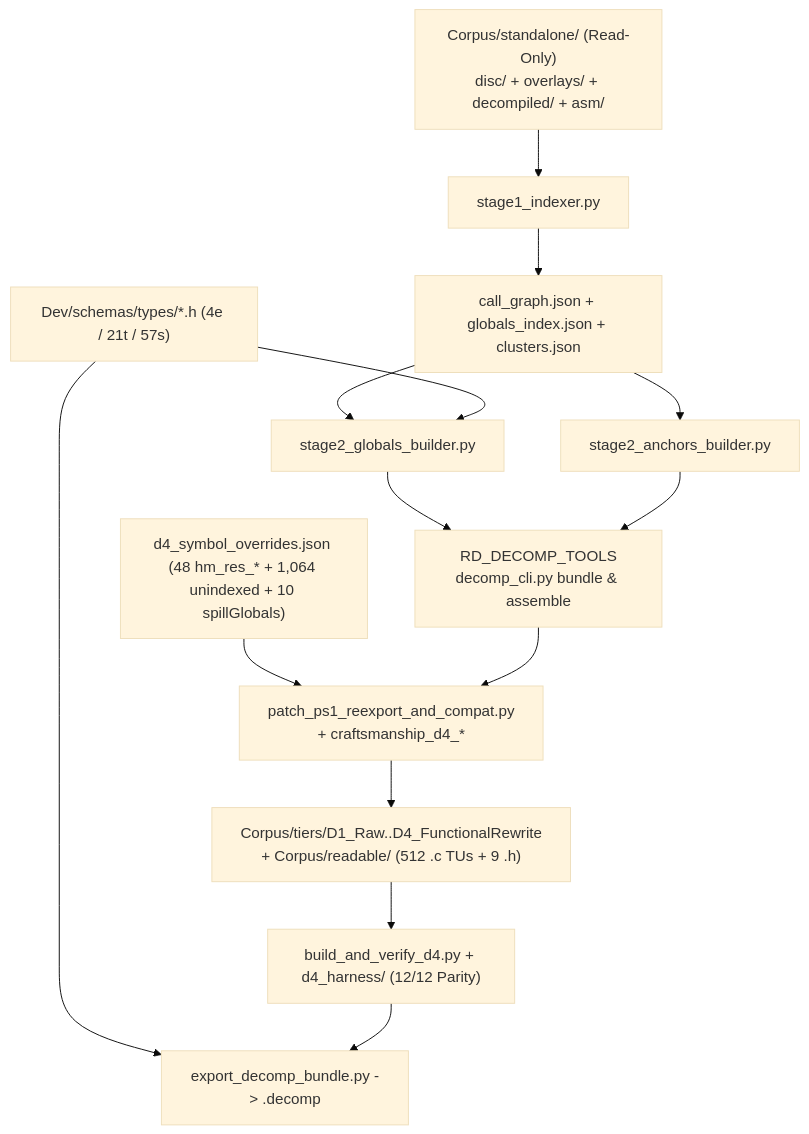
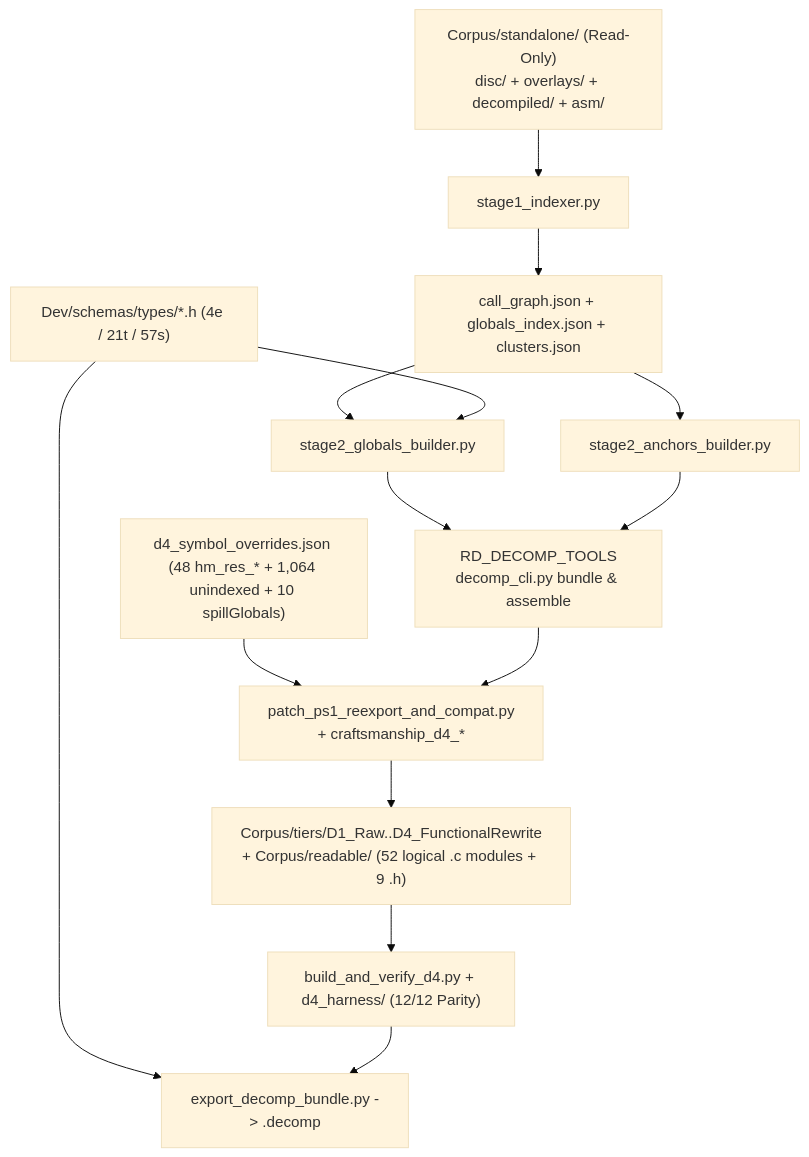
Before and after one commit to StreamResearch/HarvestMoonBackToNature-PlayStation: the second of 2 diagrams in Dev/docs/ARCHITECTURE.md, drawn with Mermaid (base theme). The commit also changed other lines of this file and 33 other files, not shown here.

Commit message:
v0.2.1: consolidate 512 _NN.c chunks into 52 cohesive logical/Psy-Q modules (T13)

````diff
--- a/Dev/docs/ARCHITECTURE.md
+++ b/Dev/docs/ARCHITECTURE.md
@@ -31,16 +31,16 @@
 ```mermaid
 flowchart TB
     CS["Corpus/standalone/ (Read-Only)\ndisc/ + overlays/ + decompiled/ + asm/"] --> S1["stage1_indexer.py"]
     S1 --> JSON1["call_graph.json + globals_index.json + clusters.json"]
     JSON1 --> S2G["stage2_globals_builder.py"]
     JSON1 --> S2A["stage2_anchors_builder.py"]
     Types["Dev/schemas/types/*.h (4e / 21t / 57s)"] --> S2G
     S2G --> Bundle["RD_DECOMP_TOOLS\ndecomp_cli.py bundle & assemble"]
     S2A --> Bundle
     Overrides["d4_symbol_overrides.json (48 hm_res_* + 1,064 unindexed + 10 spillGlobals)"] --> Norm["patch_ps1_reexport_and_compat.py\n+ craftsmanship_d4_*"]
     Bundle --> Norm
-    Norm --> Tiers["Corpus/tiers/D1_Raw..D4_FunctionalRewrite\n+ Corpus/readable/ (512 .c TUs + 9 .h)"]
+    Norm --> Tiers["Corpus/tiers/D1_Raw..D4_FunctionalRewrite\n+ Corpus/readable/ (52 logical .c modules + 9 .h)"]
     Tiers --> BuildD4["build_and_verify_d4.py + d4_harness/ (12/12 Parity)"]
     Types --> Export["export_decomp_bundle.py -> .decomp"]
     BuildD4 --> Export
 ```
````
